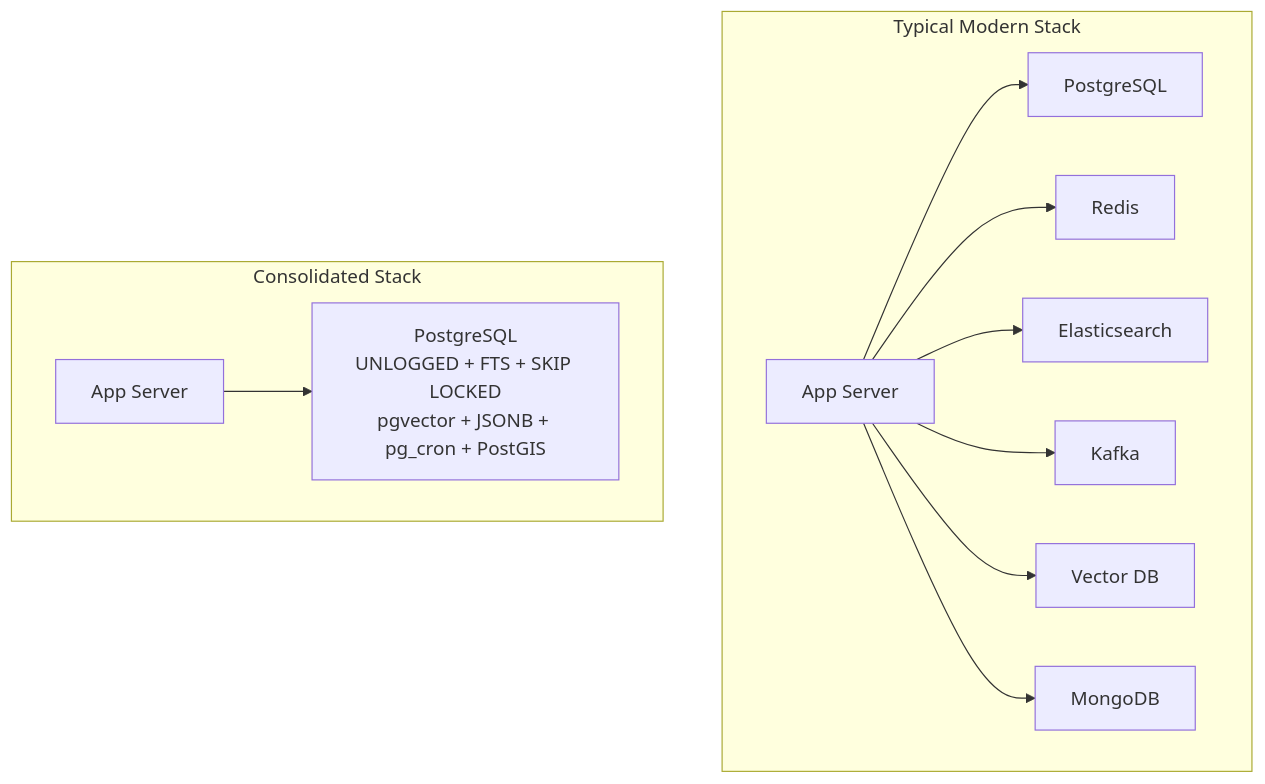
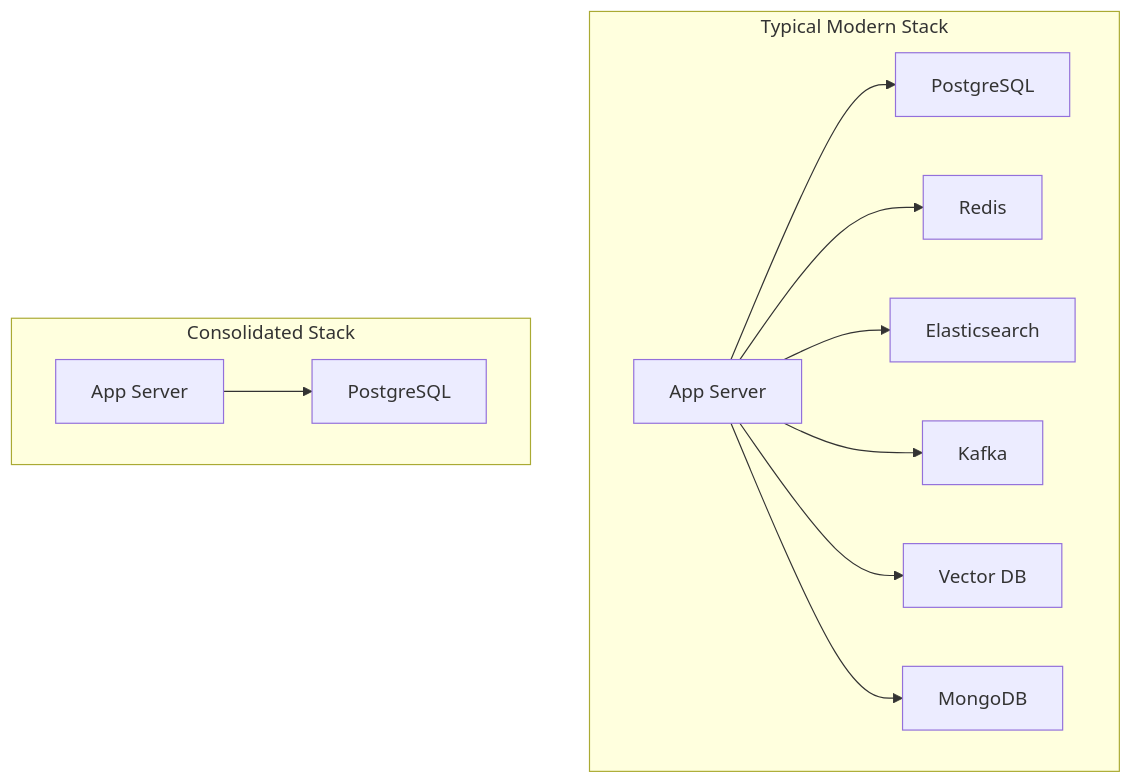
Before and after one commit to sdelrio/golden-forest: the diagram in docs/Develop-Code/Software-Architecture/postgres-stack.md, drawn with Mermaid. The commit also changed other lines of this file, not shown here.

First line of the commit message:
docs(architecture): apply technical writer review fixes

````diff
--- a/docs/Develop-Code/Software-Architecture/postgres-stack.md
+++ b/docs/Develop-Code/Software-Architecture/postgres-stack.md
@@ -196,17 +201,17 @@
 ```mermaid
 flowchart TB
     subgraph Before["Typical Modern Stack"]
         APP1["App Server"]
         APP1 --> PG1["PostgreSQL"]
         APP1 --> REDIS["Redis"]
         APP1 --> ES["Elasticsearch"]
         APP1 --> KAFKA["Kafka"]
         APP1 --> VDB["Vector DB"]
         APP1 --> MONGO["MongoDB"]
     end
 
     subgraph After["Consolidated Stack"]
         APP2["App Server"]
-        APP2 --> PG2["PostgreSQL<br/>UNLOGGED + FTS + SKIP LOCKED<br/>pgvector + JSONB + pg_cron + PostGIS"]
+        APP2 --> PG2["PostgreSQL"]
     end
 ```
````
